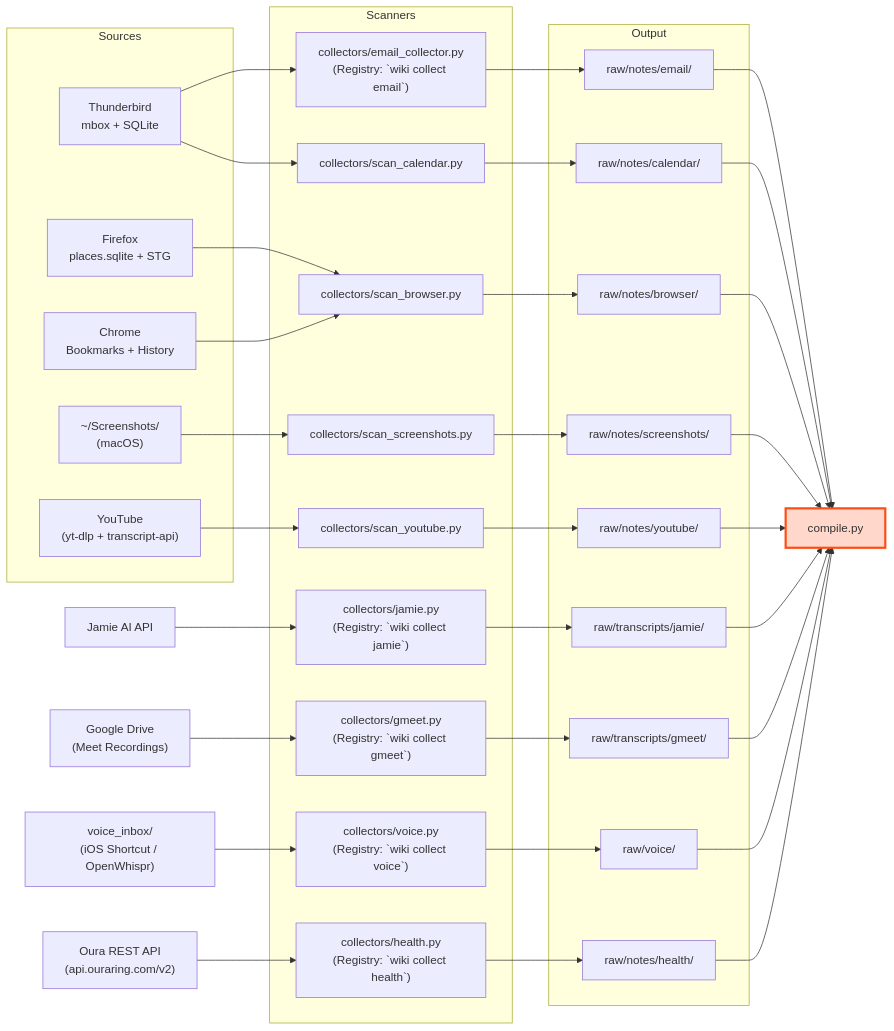
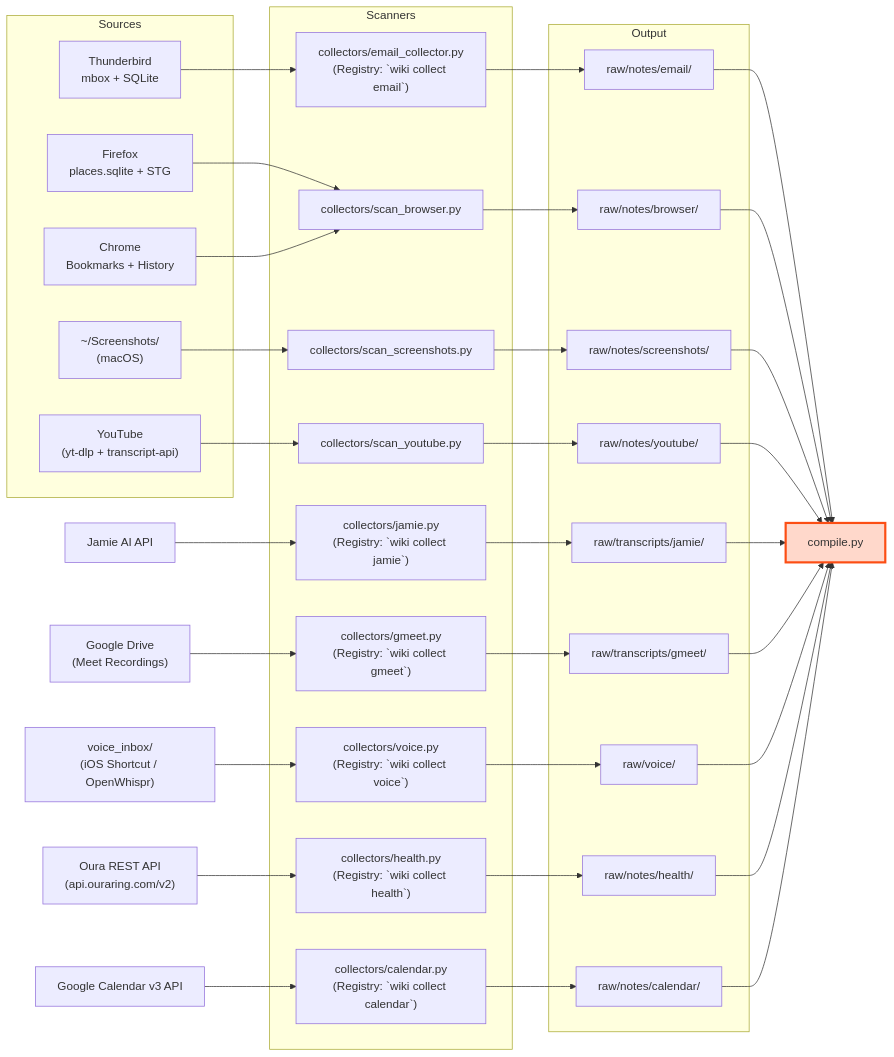
One commit to lx-0/llm-wiki changed the fourth of 10 diagrams in docs/PROCESS.md. Above: the diagram before and after it, drawn with Mermaid. The commit also changed other lines of this file and 25 other files, not shown here.

First line of the commit message:
feat(calendar): M006 — Google Calendar v3 collector replaces SQLite stub

````diff
--- a/docs/PROCESS.md
+++ b/docs/PROCESS.md
@@ -326,57 +326,57 @@
 ```mermaid
 flowchart LR
     subgraph Sources
         TB["Thunderbird\nmbox + SQLite"]
         FF["Firefox\nplaces.sqlite + STG"]
         CH["Chrome\nBookmarks + History"]
         SS["~/Screenshots/\n(macOS)"]
         YT["YouTube\n(yt-dlp + transcript-api)"]
     end
 
     subgraph Scanners
         SE["collectors/email_collector.py\n(Registry: `wiki collect email`)"]
         SJ["collectors/jamie.py\n(Registry: `wiki collect jamie`)"]
         SG["collectors/gmeet.py\n(Registry: `wiki collect gmeet`)"]
         SV["collectors/voice.py\n(Registry: `wiki collect voice`)"]
         SH["collectors/health.py\n(Registry: `wiki collect health`)"]
-        SC["collectors/scan_calendar.py"]
+        SC["collectors/calendar.py\n(Registry: `wiki collect calendar`)"]
         SB["collectors/scan_browser.py"]
         SCR["collectors/scan_screenshots.py"]
         SY["collectors/scan_youtube.py"]
     end
 
     subgraph Output
         RE["raw/notes/email/"]
         RJ["raw/transcripts/jamie/"]
         RG["raw/transcripts/gmeet/"]
         RV["raw/voice/"]
         RH["raw/notes/health/"]
         RC["raw/notes/calendar/"]
         RB["raw/notes/browser/"]
         RS["raw/notes/screenshots/"]
         RY["raw/notes/youtube/"]
     end
 
     TB --> SE --> RE
     JA["Jamie AI API"] --> SJ --> RJ
     DR["Google Drive\n(Meet Recordings)"] --> SG --> RG
     VI["voice_inbox/\n(iOS Shortcut / OpenWhispr)"] --> SV --> RV
     OU["Oura REST API\n(api.ouraring.com/v2)"] --> SH --> RH
-    TB --> SC --> RC
+    GC["Google Calendar v3 API"] --> SC --> RC
     FF --> SB --> RB
     CH --> SB
     SS --> SCR --> RS
     YT --> SY --> RY
 
     RE --> COMPILE["compile.py"]
     RJ --> COMPILE
     RG --> COMPILE
     RV --> COMPILE
     RH --> COMPILE
     RC --> COMPILE
     RB --> COMPILE
     RS --> COMPILE
     RY --> COMPILE
 
     style COMPILE fill:#FFD8CB,stroke:#FC4E14,stroke-width:3px
 ```
````
